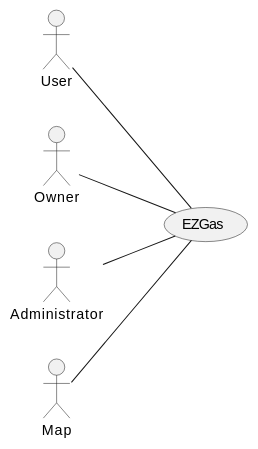
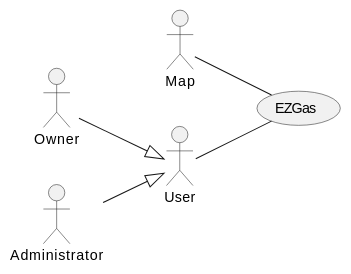
The first of 5 diagrams in docs/RequirementsDocument.md (polito-se2-2020-team6/ezgas), drawn with PlantUML before and after one commit. The commit also changed other lines of this file, not shown here.

````diff
--- a/docs/RequirementsDocument.md
+++ b/docs/RequirementsDocument.md
@@ -87,13 +87,15 @@
 ```plantuml
 @startuml
 left to right direction
 actor User as u
 actor Owner as o
 actor Administrator as a
 actor Map as m
+
+o --|> u
+a --|> u
+
 u -- (EZGas)
-o -- (EZGas)
-a -- (EZGas)
 m -- (EZGas)
 @enduml
 ```
````
